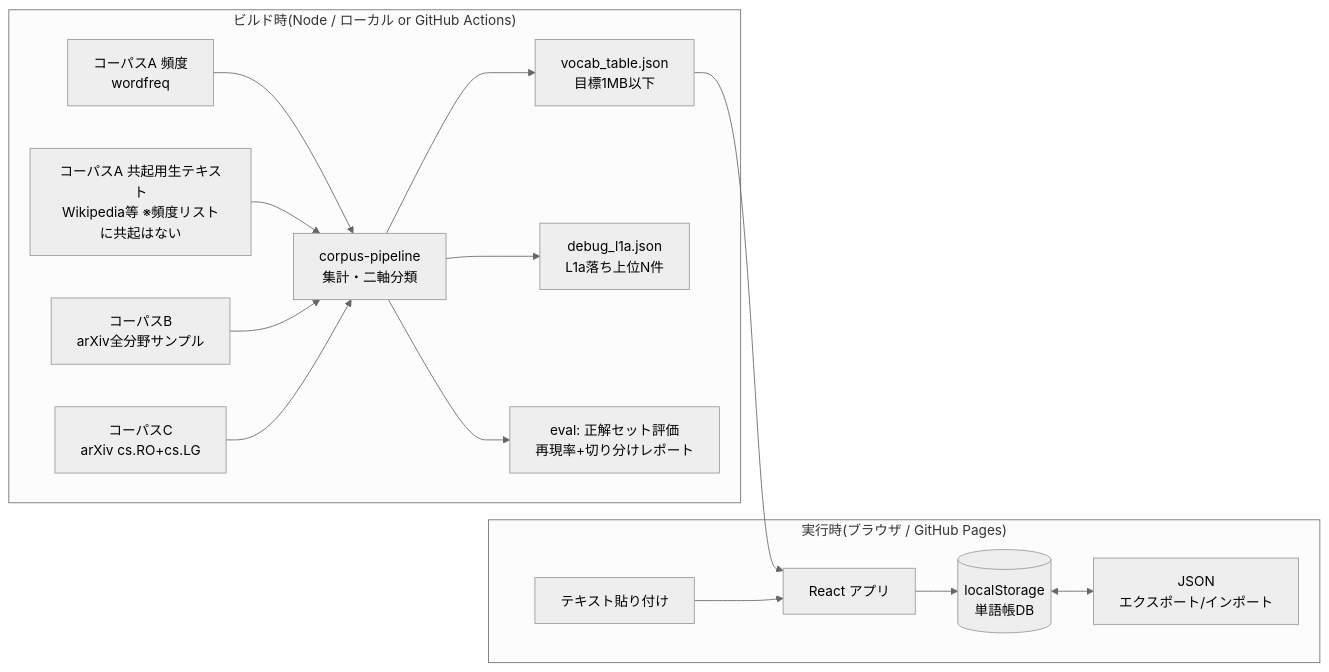
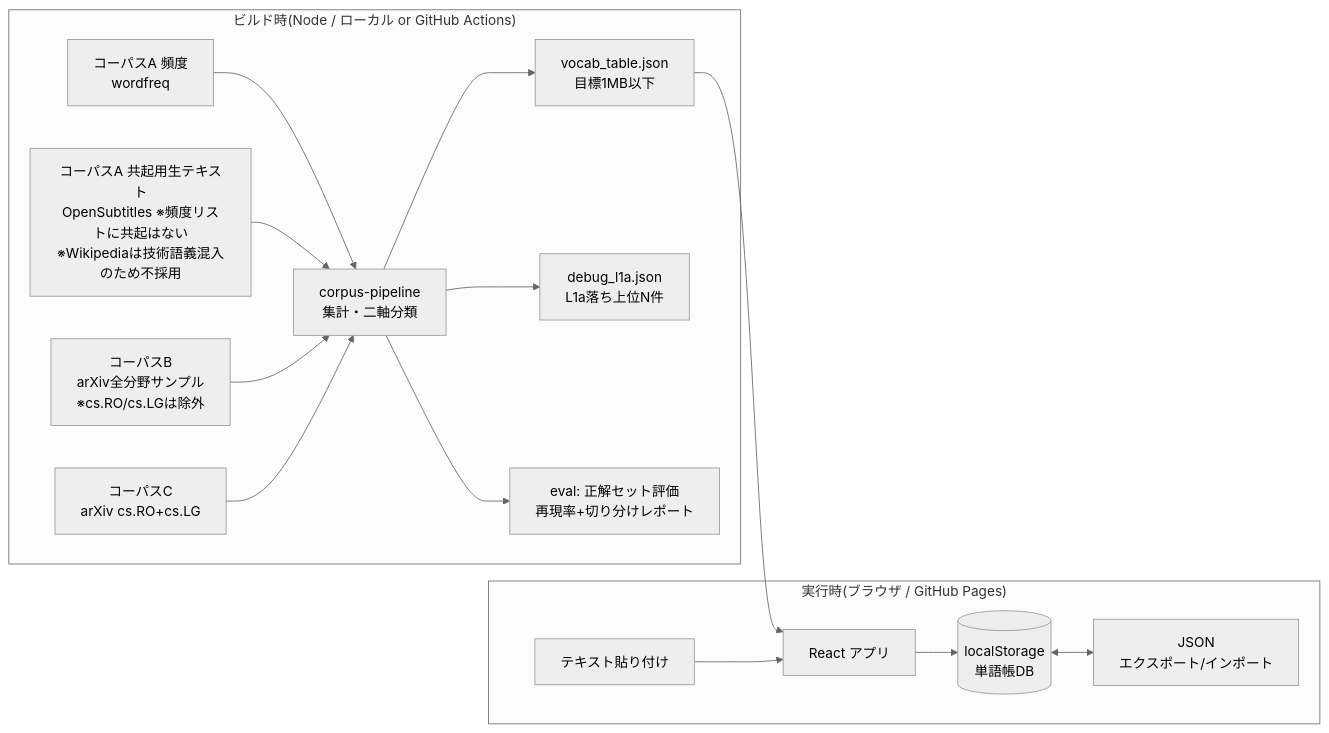
One commit to Jun-Jun0510/word-learning changed the first of 3 diagrams in docs/architecture.md. Above: the diagram before and after it, drawn with Mermaid (neutral theme). The commit also changed other lines of this file and 4 other files, not shown here.

````diff
--- a/docs/architecture.md
+++ b/docs/architecture.md
@@ -10,18 +10,18 @@
 ```mermaid
 flowchart LR
   subgraph build["ビルド時(Node / ローカル or GitHub Actions)"]
     A1[コーパスA 頻度<br/>wordfreq] --> P[corpus-pipeline<br/>集計・二軸分類]
-    A2[コーパスA 共起用生テキスト<br/>Wikipedia等 ※頻度リストに共起はない] --> P
-    B[コーパスB<br/>arXiv全分野サンプル] --> P
+    A2[コーパスA 共起用生テキスト<br/>OpenSubtitles ※頻度リストに共起はない<br/>※Wikipediaは技術語義混入のため不採用] --> P
+    B[コーパスB<br/>arXiv全分野サンプル<br/>※cs.RO/cs.LGは除外] --> P
     C[コーパスC<br/>arXiv cs.RO+cs.LG] --> P
     P --> V[vocab_table.json<br/>目標1MB以下]
     P --> D[debug_l1a.json<br/>L1a落ち上位N件]
     P --> E[eval: 正解セット評価<br/>再現率+切り分けレポート]
   end
   subgraph runtime["実行時(ブラウザ / GitHub Pages)"]
     V --> APP[React アプリ]
     T[テキスト貼り付け] --> APP
     APP --> LS[(localStorage<br/>単語帳DB)]
     LS <--> IO[JSON<br/>エクスポート/インポート]
   end
 ```
````
